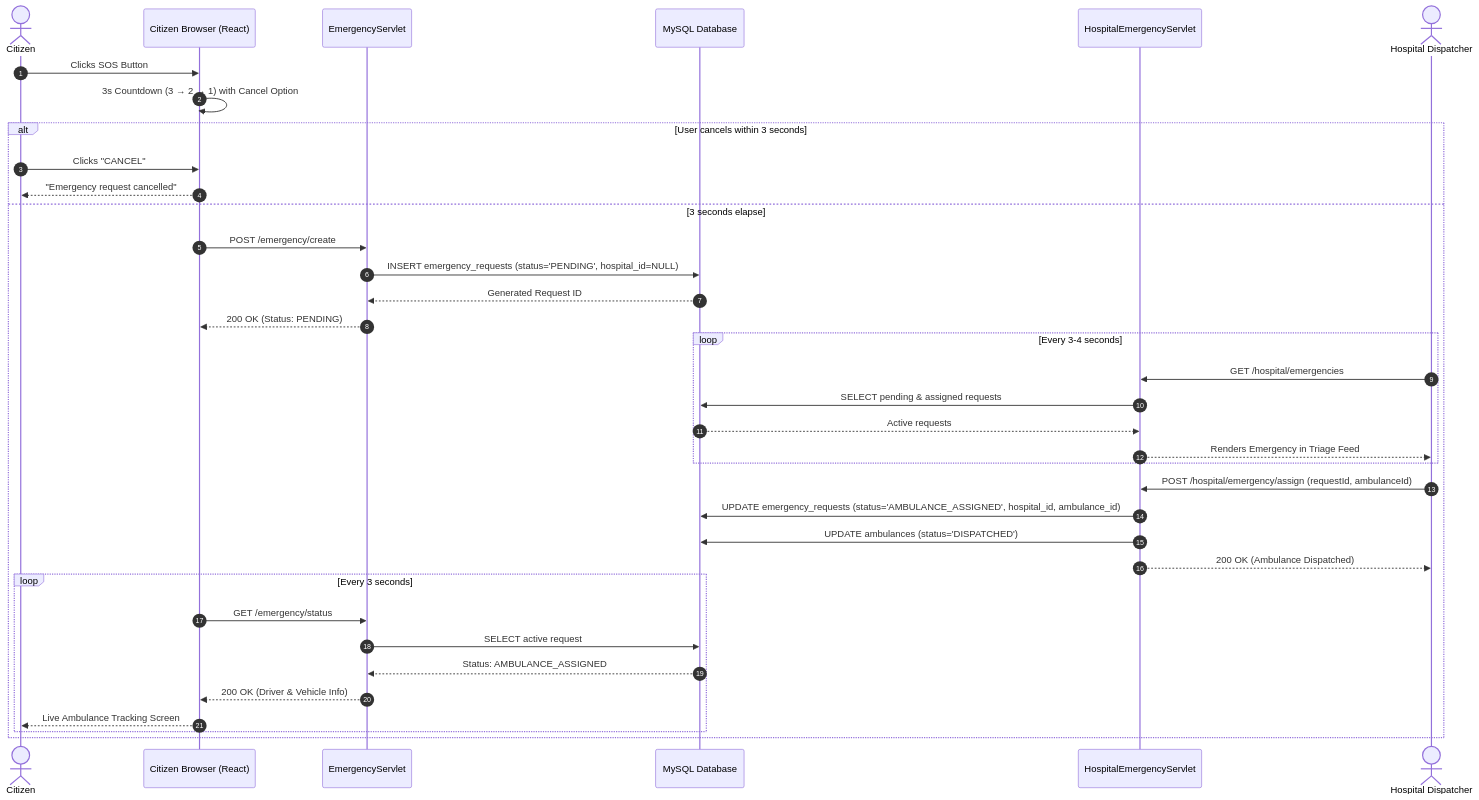
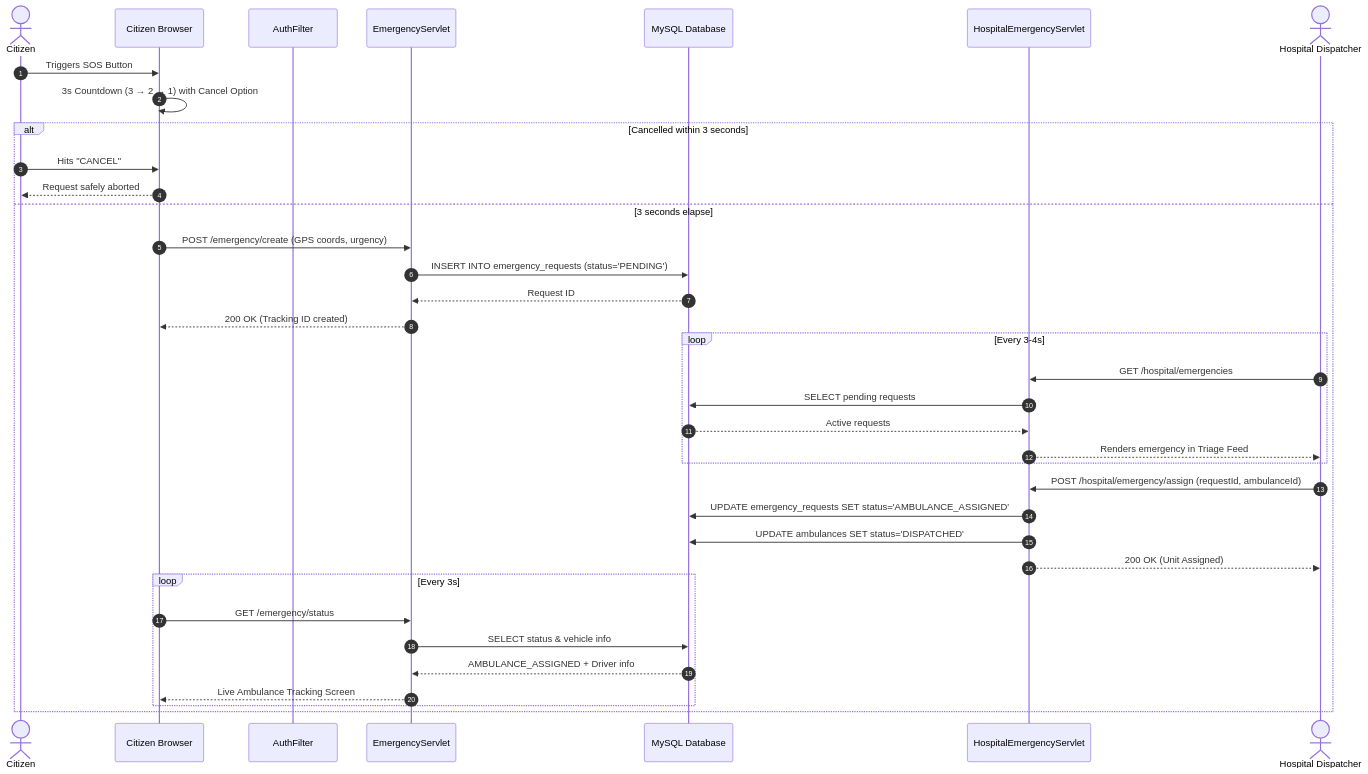
Before and after one commit to siddheshsonje29-coder/PulseRoute-2.0: the diagram in README.md, drawn with Mermaid. The commit also changed other lines of this file and 23 other files, not shown here.

Commit message:
feat: redesign public landing page, protected citizen dashboard routing, fix ambulance dispatch, add Docker deployment and update README

````diff
--- a/README.md
+++ b/README.md
@@ -123,42 +137,42 @@
 ```mermaid
 sequenceDiagram
     autonumber
     actor Citizen
-    participant Client as Citizen Browser (React)
+    participant Client as Citizen Browser
+    participant Filter as AuthFilter
     participant Servlet as EmergencyServlet
     participant DB as MySQL Database
     participant HospServlet as HospitalEmergencyServlet
-    actor Hospital as Hospital Dispatcher
+    actor Dispatcher as Hospital Dispatcher
 
-    Citizen->>Client: Clicks SOS Button
+    Citizen->>Client: Triggers SOS Button
     Client->>Client: 3s Countdown (3 → 2 → 1) with Cancel Option
-    alt User cancels within 3 seconds
-        Citizen->>Client: Clicks "CANCEL"
-        Client-->>Citizen: "Emergency request cancelled"
+    alt Cancelled within 3 seconds
+        Citizen->>Client: Hits "CANCEL"
+        Client-->>Citizen: Request safely aborted
     else 3 seconds elapse
-        Client->>Servlet: POST /emergency/create
-        Servlet->>DB: INSERT emergency_requests (status='PENDING', hospital_id=NULL)
-        DB-->>Servlet: Generated Request ID
-        Servlet-->>Client: 200 OK (Status: PENDING)
+        Client->>Servlet: POST /emergency/create (GPS coords, urgency)
+        Servlet->>DB: INSERT INTO emergency_requests (status='PENDING')
+        DB-->>Servlet: Request ID
+        Servlet-->>Client: 200 OK (Tracking ID created)
         
-        loop Every 3-4 seconds
-            Hospital->>HospServlet: GET /hospital/emergencies
-            HospServlet->>DB: SELECT pending & assigned requests
+        loop Every 3-4s
+            Dispatcher->>HospServlet: GET /hospital/emergencies
+            HospServlet->>DB: SELECT pending requests
             DB-->>HospServlet: Active requests
-            HospServlet-->>Hospital: Renders Emergency in Triage Feed
+            HospServlet-->>Dispatcher: Renders emergency in Triage Feed
         end
 
-        Hospital->>HospServlet: POST /hospital/emergency/assign (requestId, ambulanceId)
-        HospServlet->>DB: UPDATE emergency_requests (status='AMBULANCE_ASSIGNED', hospital_id, ambulance_id)
-        HospServlet->>DB: UPDATE ambulances (status='DISPATCHED')
-        HospServlet-->>Hospital: 200 OK (Ambulance Dispatched)
+        Dispatcher->>HospServlet: POST /hospital/emergency/assign (requestId, ambulanceId)
+        HospServlet->>DB: UPDATE emergency_requests SET status='AMBULANCE_ASSIGNED'
+        HospServlet->>DB: UPDATE ambulances SET status='DISPATCHED'
+        HospServlet-->>Dispatcher: 200 OK (Unit Assigned)
 
-        loop Every 3 seconds
+        loop Every 3s
             Client->>Servlet: GET /emergency/status
-            Servlet->>DB: SELECT active request
-            DB-->>Servlet: Status: AMBULANCE_ASSIGNED
-            Servlet-->>Client: 200 OK (Driver & Vehicle Info)
-            Client-->>Citizen: Live Ambulance Tracking Screen
+            Servlet->>DB: SELECT status & vehicle info
+            DB-->>Servlet: AMBULANCE_ASSIGNED + Driver info
+            Servlet-->>Client: Live Ambulance Tracking Screen
         end
     end
 ```
````
